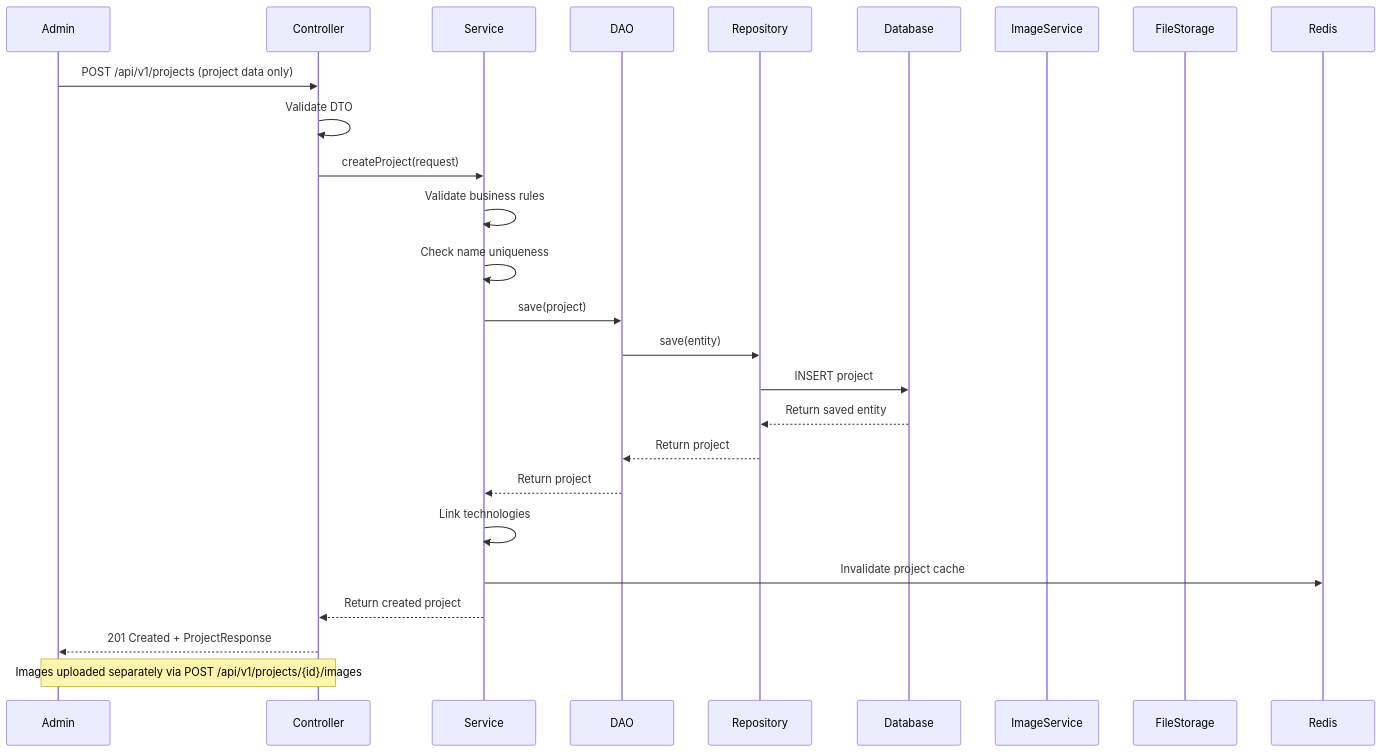
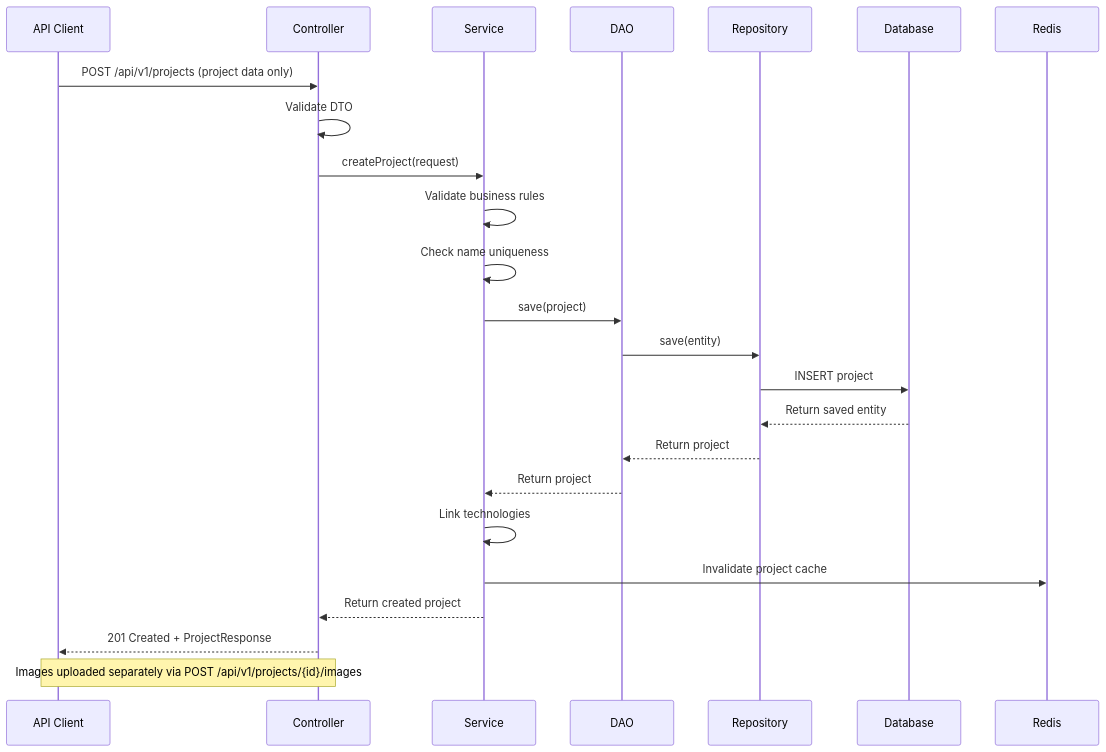
Before and after one commit to caseythecoder90/personal-website-backend: the first of 9 diagrams in docs/api/API_FLOWS.md, drawn with Mermaid. The commit also changed other lines of this file and 22 other files, not shown here.

````diff
--- a/docs/api/API_FLOWS.md
+++ b/docs/api/API_FLOWS.md
@@ -9,30 +9,28 @@
 ```mermaid
 sequenceDiagram
-    participant A as Admin
-    participant C as Controller
+    participant C as API Client
+    participant Ctrl as Controller
     participant S as Service
     participant D as DAO
     participant R as Repository
     participant DB as Database
-    participant IS as ImageService
-    participant FS as FileStorage
     participant Cache as Redis
 
-    A->>C: POST /api/v1/projects (project data only)
-    C->>C: Validate DTO
-    C->>S: createProject(request)
+    C->>Ctrl: POST /api/v1/projects (project data only)
+    Ctrl->>Ctrl: Validate DTO
+    Ctrl->>S: createProject(request)
     S->>S: Validate business rules
     S->>S: Check name uniqueness
     S->>D: save(project)
     D->>R: save(entity)
     R->>DB: INSERT project
     DB-->>R: Return saved entity
     R-->>D: Return project
     D-->>S: Return project
     S->>S: Link technologies
     S->>Cache: Invalidate project cache
-    S-->>C: Return created project
-    C-->>A: 201 Created + ProjectResponse
-    
-    Note over A,C: Images uploaded separately via POST /api/v1/projects/{id}/images
+    S-->>Ctrl: Return created project
+    Ctrl-->>C: 201 Created + ProjectResponse
+
+    Note over C,Ctrl: Images uploaded separately via POST /api/v1/projects/{id}/images
 ```
````
